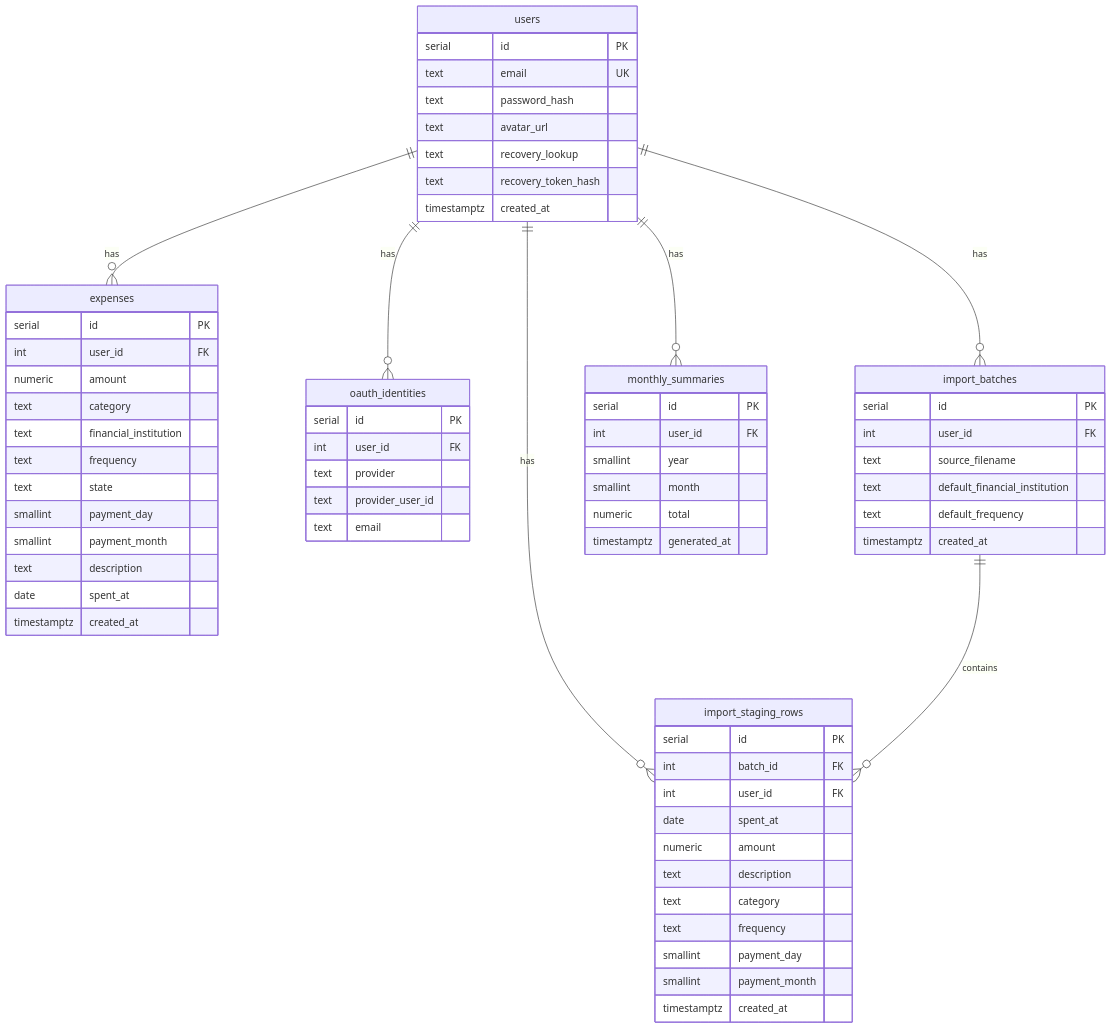
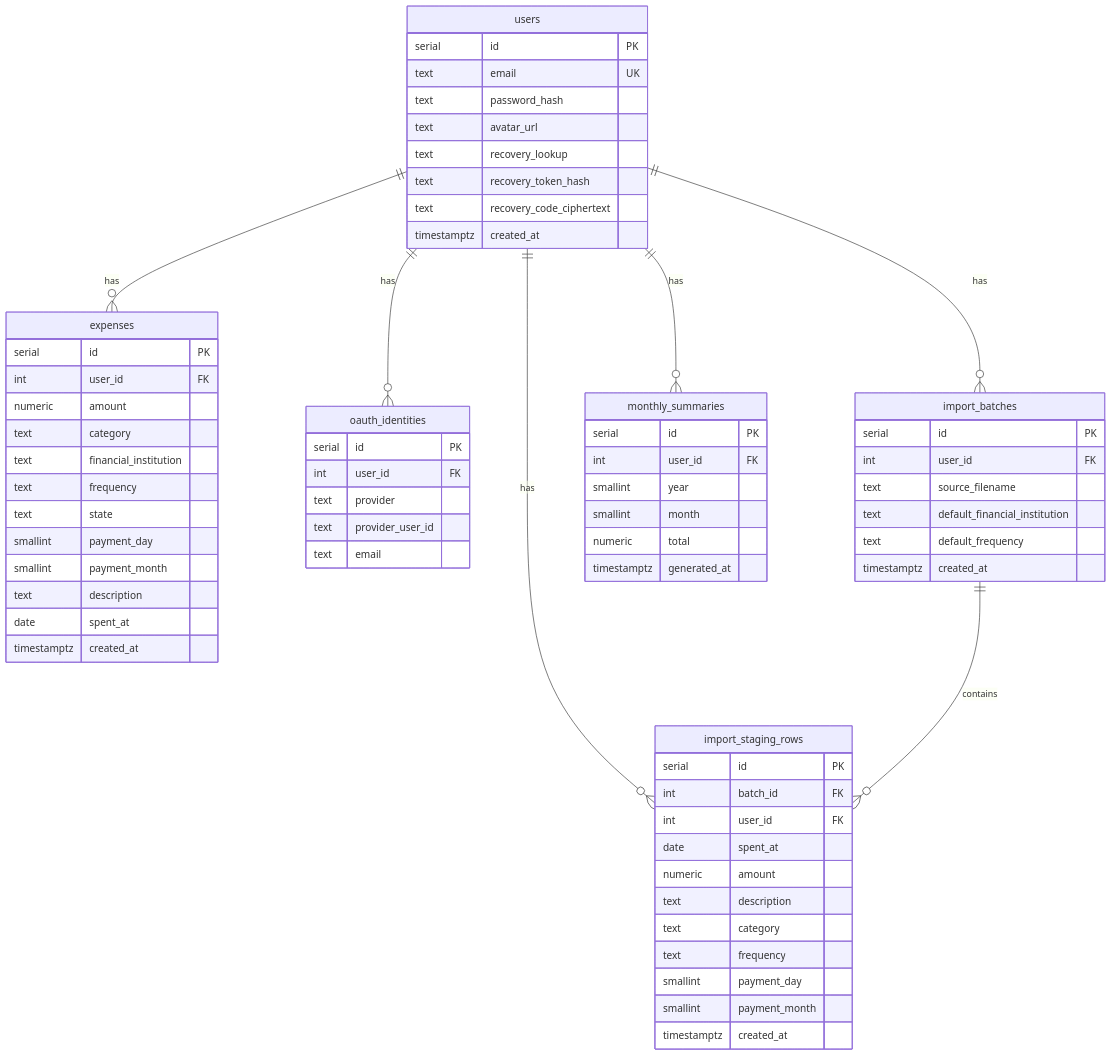
Before and after one commit to becomeonewiththecode/expense_tracker: the ninth of 11 diagrams in docs/ARCHITECTURE_DIAGRAM.md, drawn with Mermaid. The commit also changed other lines of this file and 10 other files, not shown here.

First line of the commit message:
feat: backup account labeling, recovery code export, renewal badge UX

````diff
--- a/docs/ARCHITECTURE_DIAGRAM.md
+++ b/docs/ARCHITECTURE_DIAGRAM.md
@@ -297,74 +298,75 @@
 ```mermaid
 erDiagram
   users ||--o{ expenses : has
   users ||--o{ oauth_identities : has
   users ||--o{ import_batches : has
   users ||--o{ import_staging_rows : has
   users ||--o{ monthly_summaries : has
   import_batches ||--o{ import_staging_rows : contains
 
   users {
     serial id PK
     text email UK
     text password_hash
     text avatar_url
     text recovery_lookup
     text recovery_token_hash
+    text recovery_code_ciphertext
     timestamptz created_at
   }
 
   oauth_identities {
     serial id PK
     int user_id FK
     text provider
     text provider_user_id
     text email
   }
 
   expenses {
     serial id PK
     int user_id FK
     numeric amount
     text category
     text financial_institution
     text frequency
     text state
     smallint payment_day
     smallint payment_month
     text description
     date spent_at
     timestamptz created_at
   }
 
   import_batches {
     serial id PK
     int user_id FK
     text source_filename
     text default_financial_institution
     text default_frequency
     timestamptz created_at
   }
 
   import_staging_rows {
     serial id PK
     int batch_id FK
     int user_id FK
     date spent_at
     numeric amount
     text description
     text category
     text frequency
     smallint payment_day
     smallint payment_month
     timestamptz created_at
   }
 
   monthly_summaries {
     serial id PK
     int user_id FK
     smallint year
     smallint month
     numeric total
     timestamptz generated_at
   }
 ```
````
